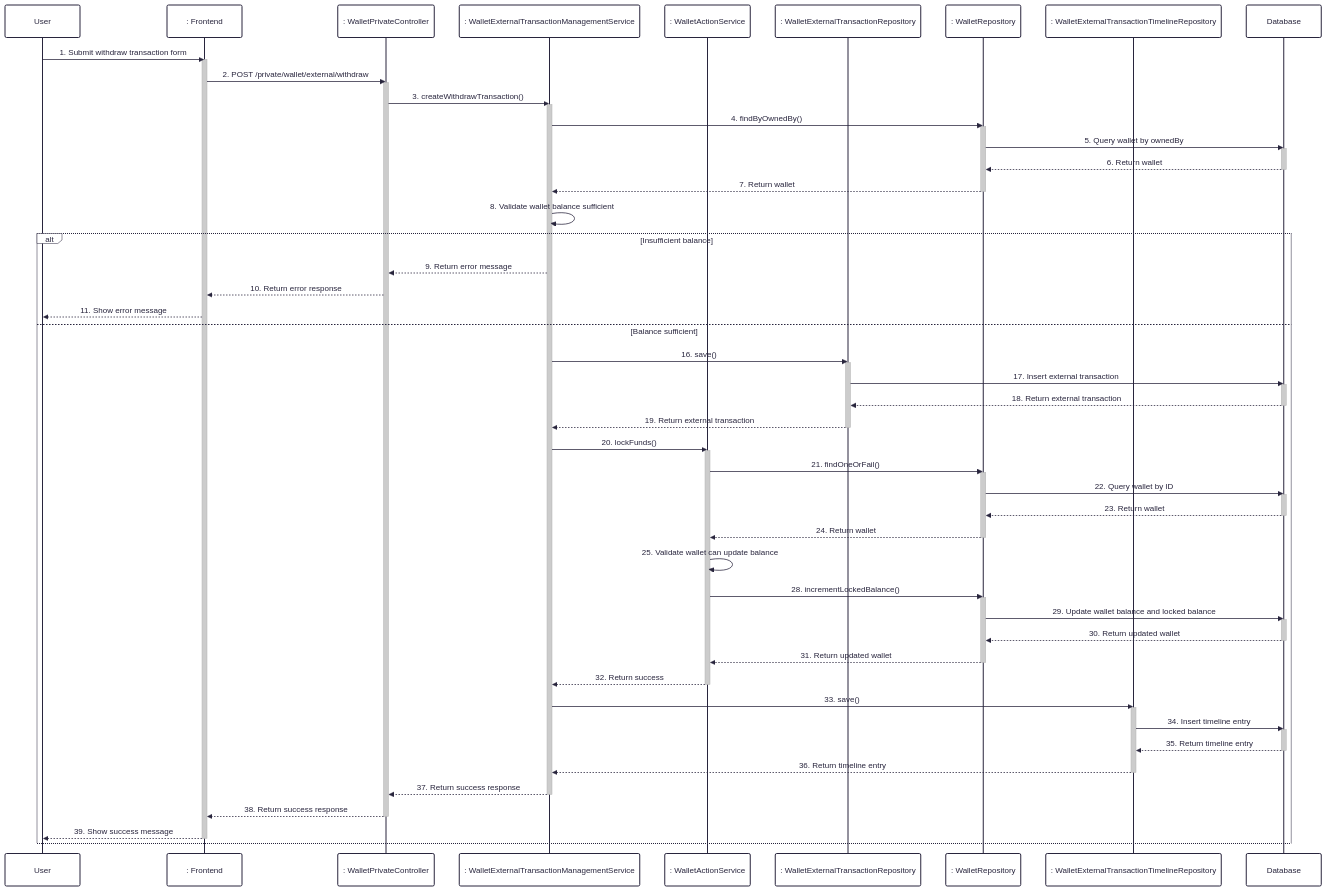
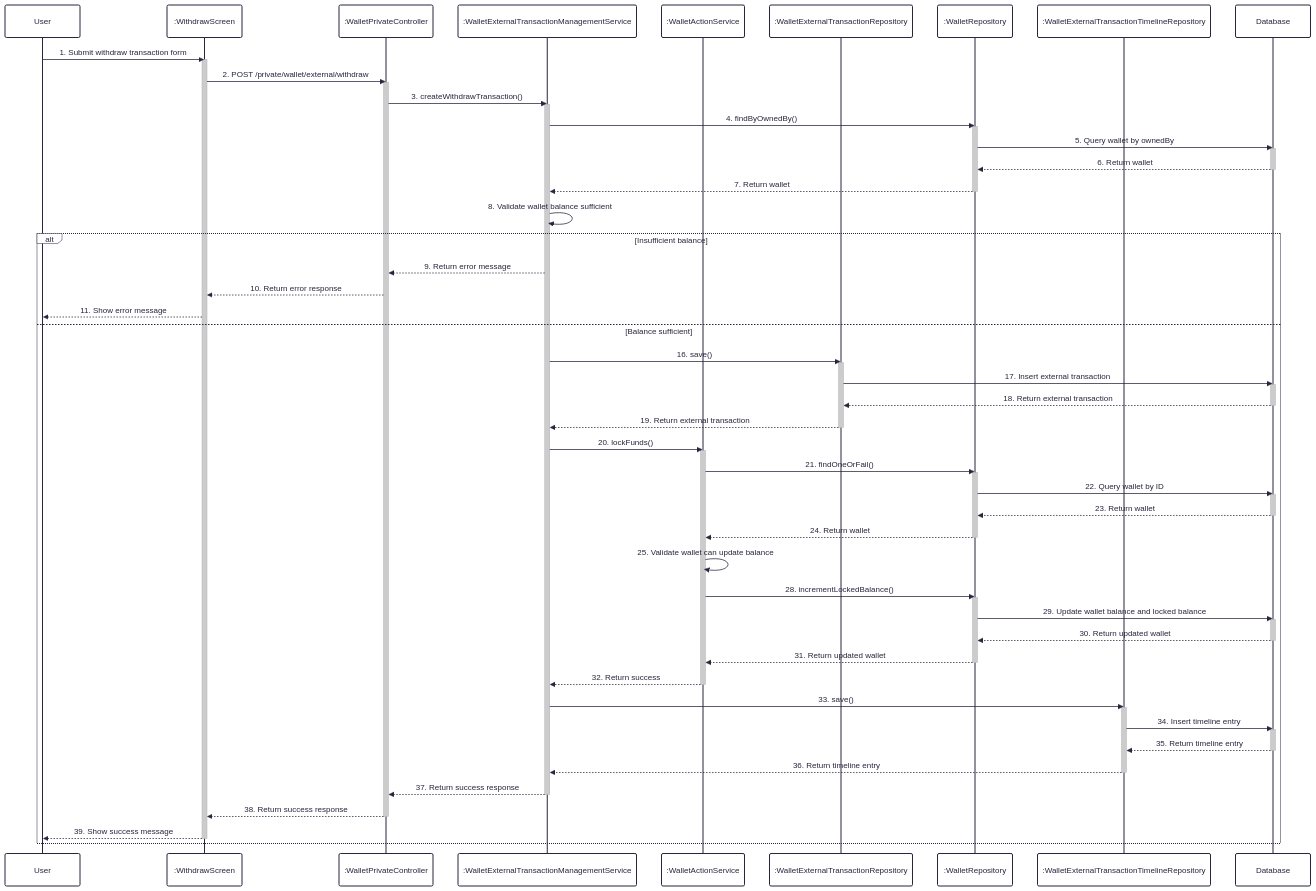
Before and after one commit to UrbanLens-2025/urban-lens_server: the diagram in docs/sequence/12-create-withdraw-transaction.md, drawn with Mermaid. The commit also changed other lines of this file and 19 other files, not shown here.

Commit message:
sequence diagram

````diff
--- a/docs/sequence/12-create-withdraw-transaction.md
+++ b/docs/sequence/12-create-withdraw-transaction.md
@@ -1,82 +1,82 @@
 ```mermaid
 ---
 config:
   theme: redux
   look: classic
 ---
 sequenceDiagram
     participant User
-    participant Frontend as : Frontend
-    participant WalletPrivateController as : WalletPrivateController
-    participant WalletExternalTransactionManagementService as : WalletExternalTransactionManagementService
-    participant WalletActionService as : WalletActionService
-    participant WalletExternalTransactionRepository as : WalletExternalTransactionRepository
-    participant WalletRepository as : WalletRepository
-    participant WalletExternalTransactionTimelineRepository as : WalletExternalTransactionTimelineRepository
+    participant WithdrawScreen as :WithdrawScreen
+    participant WalletPrivateController as :WalletPrivateController
+    participant WalletExternalTransactionManagementService as :WalletExternalTransactionManagementService
+    participant WalletActionService as :WalletActionService
+    participant WalletExternalTransactionRepository as :WalletExternalTransactionRepository
+    participant WalletRepository as :WalletRepository
+    participant WalletExternalTransactionTimelineRepository as :WalletExternalTransactionTimelineRepository
     participant Database
 
-    User->>Frontend: 1. Submit withdraw transaction form
-    activate Frontend
-    Frontend->>WalletPrivateController: 2. POST /private/wallet/external/withdraw
+    User->>WithdrawScreen: 1. Submit withdraw transaction form
+    activate WithdrawScreen
+    WithdrawScreen->>WalletPrivateController: 2. POST /private/wallet/external/withdraw
     activate WalletPrivateController
     WalletPrivateController->>WalletExternalTransactionManagementService: 3. createWithdrawTransaction()
     activate WalletExternalTransactionManagementService
     WalletExternalTransactionManagementService->>WalletRepository: 4. findByOwnedBy()
     activate WalletRepository
     WalletRepository->>Database: 5. Query wallet by ownedBy
     activate Database
     Database-->>WalletRepository: 6. Return wallet
     deactivate Database
     WalletRepository-->>WalletExternalTransactionManagementService: 7. Return wallet
     deactivate WalletRepository
     WalletExternalTransactionManagementService->>WalletExternalTransactionManagementService: 8. Validate wallet balance sufficient
     alt Insufficient balance
         WalletExternalTransactionManagementService-->>WalletPrivateController: 9. Return error message
-        WalletPrivateController-->>Frontend: 10. Return error response
-        Frontend-->>User: 11. Show error message
+        WalletPrivateController-->>WithdrawScreen: 10. Return error response
+        WithdrawScreen-->>User: 11. Show error message
     else Balance sufficient
         WalletExternalTransactionManagementService->>WalletExternalTransactionRepository: 16. save()
         activate WalletExternalTransactionRepository
         WalletExternalTransactionRepository->>Database: 17. Insert external transaction
         activate Database
         Database-->>WalletExternalTransactionRepository: 18. Return external transaction
         deactivate Database
         WalletExternalTransactionRepository-->>WalletExternalTransactionManagementService: 19. Return external transaction
         deactivate WalletExternalTransactionRepository
         WalletExternalTransactionManagementService->>WalletActionService: 20. lockFunds()
         activate WalletActionService
         WalletActionService->>WalletRepository: 21. findOneOrFail()
         activate WalletRepository
         WalletRepository->>Database: 22. Query wallet by ID
         activate Database
         Database-->>WalletRepository: 23. Return wallet
         deactivate Database
         WalletRepository-->>WalletActionService: 24. Return wallet
         deactivate WalletRepository
         WalletActionService->>WalletActionService: 25. Validate wallet can update balance
         WalletActionService->>WalletRepository: 28. incrementLockedBalance()
         activate WalletRepository
         WalletRepository->>Database: 29. Update wallet balance and locked balance
         activate Database
         Database-->>WalletRepository: 30. Return updated wallet
         deactivate Database
         WalletRepository-->>WalletActionService: 31. Return updated wallet
         deactivate WalletRepository
         WalletActionService-->>WalletExternalTransactionManagementService: 32. Return success
         deactivate WalletActionService
         WalletExternalTransactionManagementService->>WalletExternalTransactionTimelineRepository: 33. save()
         activate WalletExternalTransactionTimelineRepository
         WalletExternalTransactionTimelineRepository->>Database: 34. Insert timeline entry
         activate Database
         Database-->>WalletExternalTransactionTimelineRepository: 35. Return timeline entry
         deactivate Database
         WalletExternalTransactionTimelineRepository-->>WalletExternalTransactionManagementService: 36. Return timeline entry
         deactivate WalletExternalTransactionTimelineRepository
         WalletExternalTransactionManagementService-->>WalletPrivateController: 37. Return success response
         deactivate WalletExternalTransactionManagementService
-        WalletPrivateController-->>Frontend: 38. Return success response
+        WalletPrivateController-->>WithdrawScreen: 38. Return success response
         deactivate WalletPrivateController
-        Frontend-->>User: 39. Show success message
-        deactivate Frontend
+        WithdrawScreen-->>User: 39. Show success message
+        deactivate WithdrawScreen
     end
 ```
````
